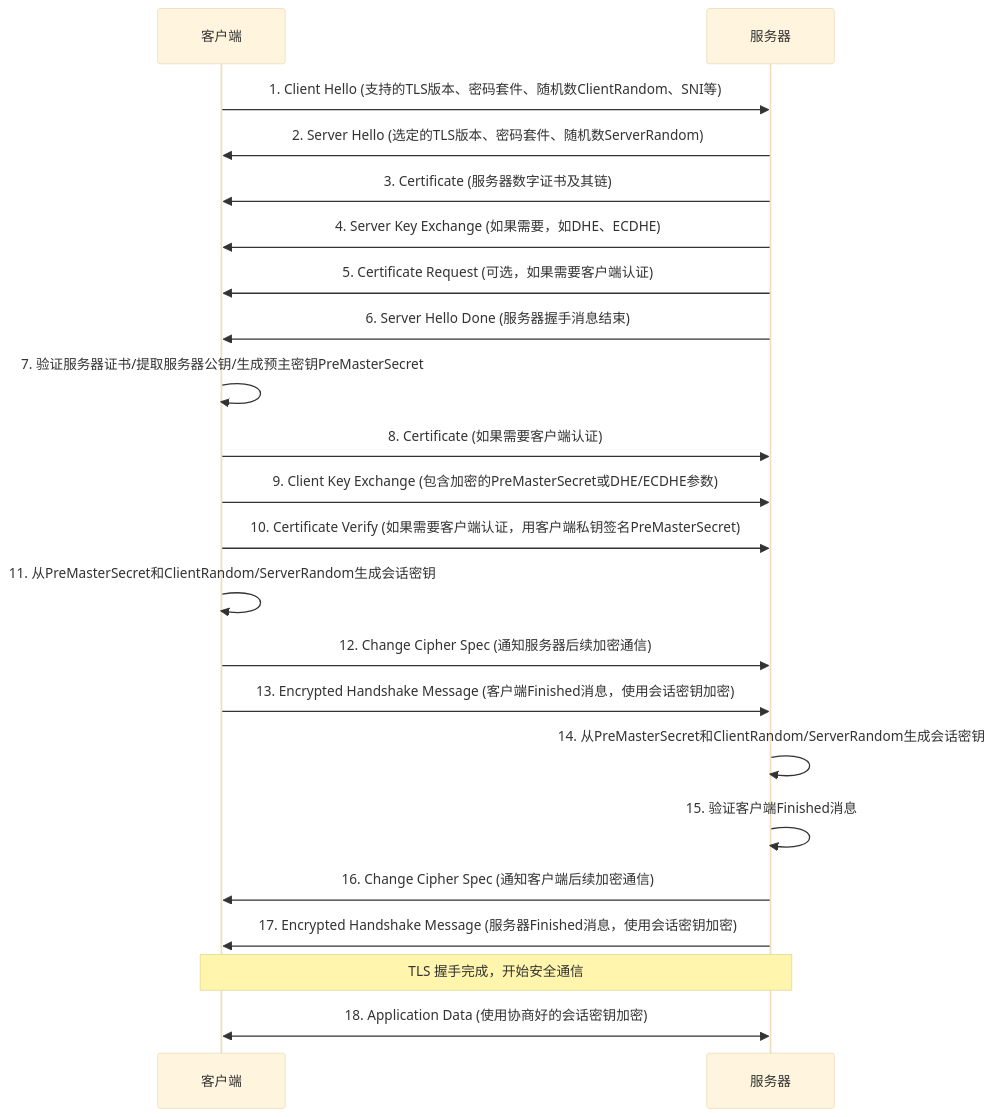
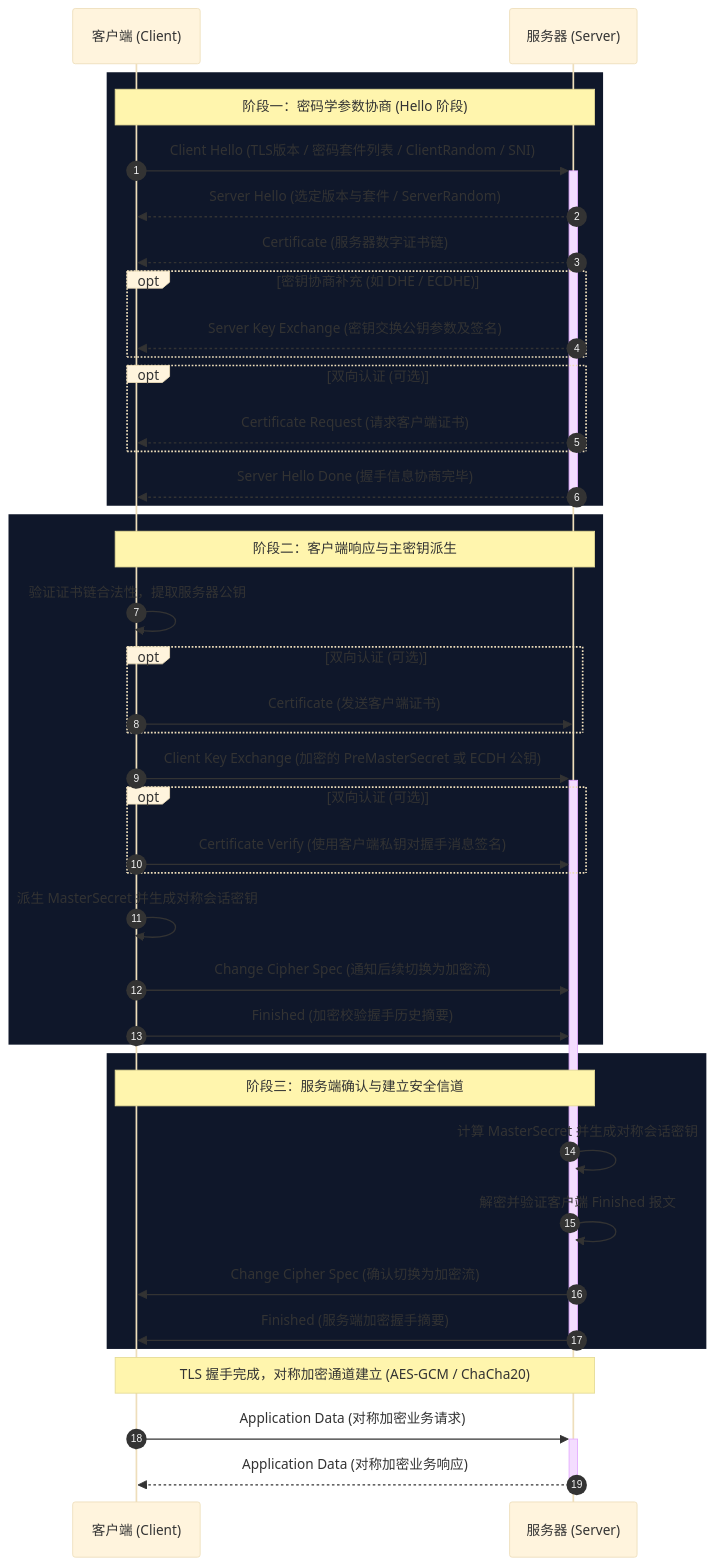
Before and after one commit to teatang/t-blog: the first of 2 diagrams in source/_posts/2023/2023-04-02_TLS (传输层安全协议) 深度详解：网络通信的守护者.md, drawn with Mermaid (base theme). The commit also changed other lines of this file and 26 other files, not shown here.

```diff
--- a/source/_posts/2023/2023-04-02_TLS (传输层安全协议) 深度详解：网络通信的守护者.md
+++ b/source/_posts/2023/2023-04-02_TLS (传输层安全协议) 深度详解：网络通信的守护者.md
@@ -56,27 +56,51 @@
 {% mermaid %}
 sequenceDiagram
-    participant C as 客户端
-    participant S as 服务器
+    autonumber
+    participant C as 客户端 (Client)
+    participant S as 服务器 (Server)
 
-    C->>S: 1. Client Hello (支持的TLS版本、密码套件、随机数ClientRandom、SNI等)
-    S->>C: 2. Server Hello (选定的TLS版本、密码套件、随机数ServerRandom)
-    S->>C: 3. Certificate (服务器数字证书及其链)
-    S->>C: 4. Server Key Exchange (如果需要，如DHE、ECDHE)
-    S->>C: 5. Certificate Request (可选，如果需要客户端认证)
-    S->>C: 6. Server Hello Done (服务器握手消息结束)
+    %% 阶段 1：建立安全能力协商
+    rect rgb(15, 23, 42)
+        Note over C,S: 阶段一：密码学参数协商 (Hello 阶段)
+        C->>+S: Client Hello (TLS版本 / 密码套件列表 / ClientRandom / SNI)
+        S-->>C: Server Hello (选定版本与套件 / ServerRandom)
+        S-->>C: Certificate (服务器数字证书链)
+        opt 密钥协商补充 (如 DHE / ECDHE)
+            S-->>C: Server Key Exchange (密钥交换公钥参数及签名)
+        end
+        opt 双向认证 (可选)
+            S-->>C: Certificate Request (请求客户端证书)
+        end
+        S-->>-C: Server Hello Done (握手信息协商完毕)
+    end
 
-    C->>C: 7. 验证服务器证书/提取服务器公钥/生成预主密钥PreMasterSecret
-    C->>S: 8. Certificate (如果需要客户端认证)
-    C->>S: 9. Client Key Exchange (包含加密的PreMasterSecret或DHE/ECDHE参数)
-    C->>S: 10. Certificate Verify (如果需要客户端认证，用客户端私钥签名PreMasterSecret)
-    C->>C: 11. 从PreMasterSecret和ClientRandom/ServerRandom生成会话密钥
-    C->>S: 12. Change Cipher Spec (通知服务器后续加密通信)
-    C->>S: 13. Encrypted Handshake Message (客户端Finished消息，使用会话密钥加密)
+    %% 阶段 2：客户端响应与密钥生成
+    rect rgb(15, 23, 42)
+        Note over C,S: 阶段二：客户端响应与主密钥派生
+        C->>C: 验证证书链合法性，提取服务器公钥
+        opt 双向认证 (可选)
+            C->>S: Certificate (发送客户端证书)
+        end
+        C->>+S: Client Key Exchange (加密的 PreMasterSecret 或 ECDH 公钥)
+        opt 双向认证 (可选)
+            C->>S: Certificate Verify (使用客户端私钥对握手消息签名)
+        end
+        C->>C: 派生 MasterSecret 并生成对称会话密钥
+        C->>S: Change Cipher Spec (通知后续切换为加密流)
+        C->>S: Finished (加密校验握手历史摘要)
+    end
 
-    S->>S: 14. 从PreMasterSecret和ClientRandom/ServerRandom生成会话密钥
-    S->>S: 15. 验证客户端Finished消息
-    S->>C: 16. Change Cipher Spec (通知客户端后续加密通信)
-    S->>C: 17. Encrypted Handshake Message (服务器Finished消息，使用会话密钥加密)
-    Note over C,S: TLS 握手完成，开始安全通信
-    C<<->>S: 18. Application Data (使用协商好的会话密钥加密)
+    %% 阶段 3：服务端完成与加密应用通信
+    rect rgb(15, 23, 42)
+        Note over C,S: 阶段三：服务端确认与建立安全信道
+        S->>S: 计算 MasterSecret 并生成对称会话密钥
+        S->>S: 解密并验证客户端 Finished 报文
+        S->>C: Change Cipher Spec (确认切换为加密流)
+        S->>-C: Finished (服务端加密握手摘要)
+    end
+
+    Note over C,S: TLS 握手完成，对称加密通道建立 (AES-GCM / ChaCha20)
+
+    C->>+S: Application Data (对称加密业务请求)
+    S-->>-C: Application Data (对称加密业务响应)
 {% endmermaid %}
```
